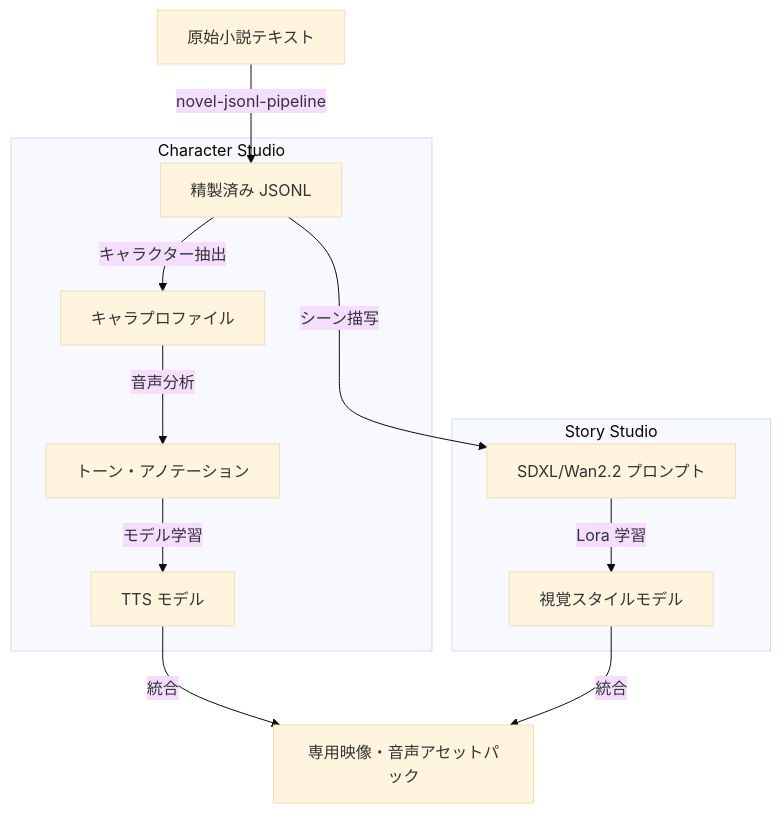
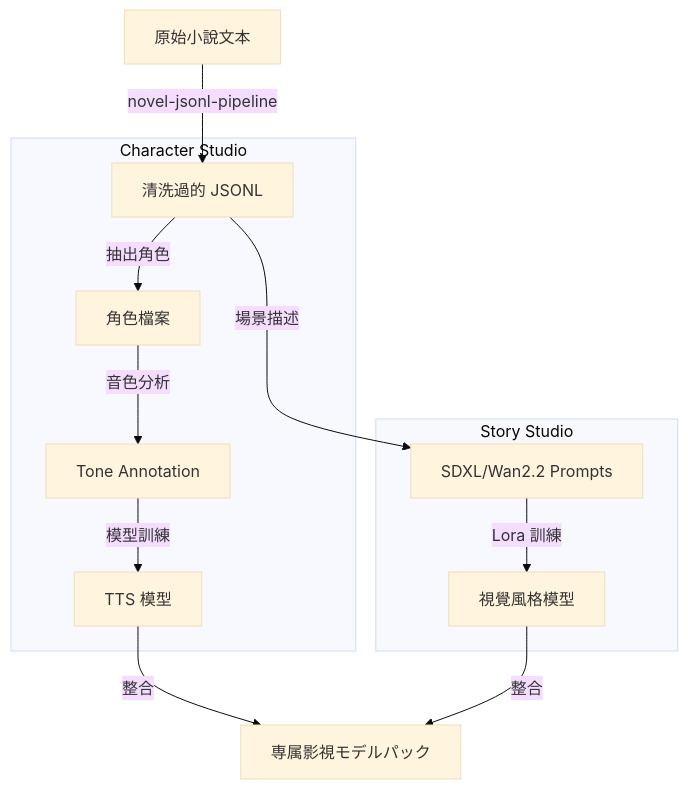
One commit to AtsushiHarimoto/portfolio changed the diagram in public/knowledge/ja/12_diagrams/09.Model_Studio_Integration.md. Above: the diagram before and after it, drawn with Mermaid (base theme). The commit also changed other lines of this file and 7 other files, not shown here.

Commit message:
docs: 充實 12_diagrams 07-10 日英版完整翻譯（AKIRA 風格+架構解說）

````diff
--- a/public/knowledge/ja/12_diagrams/09.Model_Studio_Integration.md
+++ b/public/knowledge/ja/12_diagrams/09.Model_Studio_Integration.md
@@ -11,17 +16,17 @@
 ```mermaid
 flowchart TD
-    Raw[原始小説テキスト] -->| novel-jsonl-pipeline | Clean[精製済み JSONL]
+    Raw[原始小說文本] -->| novel-jsonl-pipeline | Clean[清洗過的 JSONL]
 
     subgraph "Character Studio"
-        Clean -->|キャラクター抽出| Profiles[キャラプロファイル]
-        Profiles -->|音声分析| Tone[トーン・アノテーション]
-        Tone -->|モデル学習| GPT_SoVITS[TTS モデル]
+        Clean -->|抽出角色| Profiles[角色檔案]
+        Profiles -->|音色分析| Tone[Tone Annotation]
+        Tone -->|模型訓練| GPT_SoVITS[TTS 模型]
     end
 
     subgraph "Story Studio"
-        Clean -->|シーン描写| Prompts[SDXL/Wan2.2 プロンプト]
-        Prompts -->|Lora 学習| Visual[視覚スタイルモデル]
+        Clean -->|場景描述| Prompts[SDXL/Wan2.2 Prompts]
+        Prompts -->|Lora 訓練| Visual[視覺風格模型]
     end
 
-    GPT_SoVITS & Visual -->|統合| Final[専用映像・音声アセットパック]
+    GPT_SoVITS & Visual -->|整合| Final[専属影視モデルパック]
 ```
````
